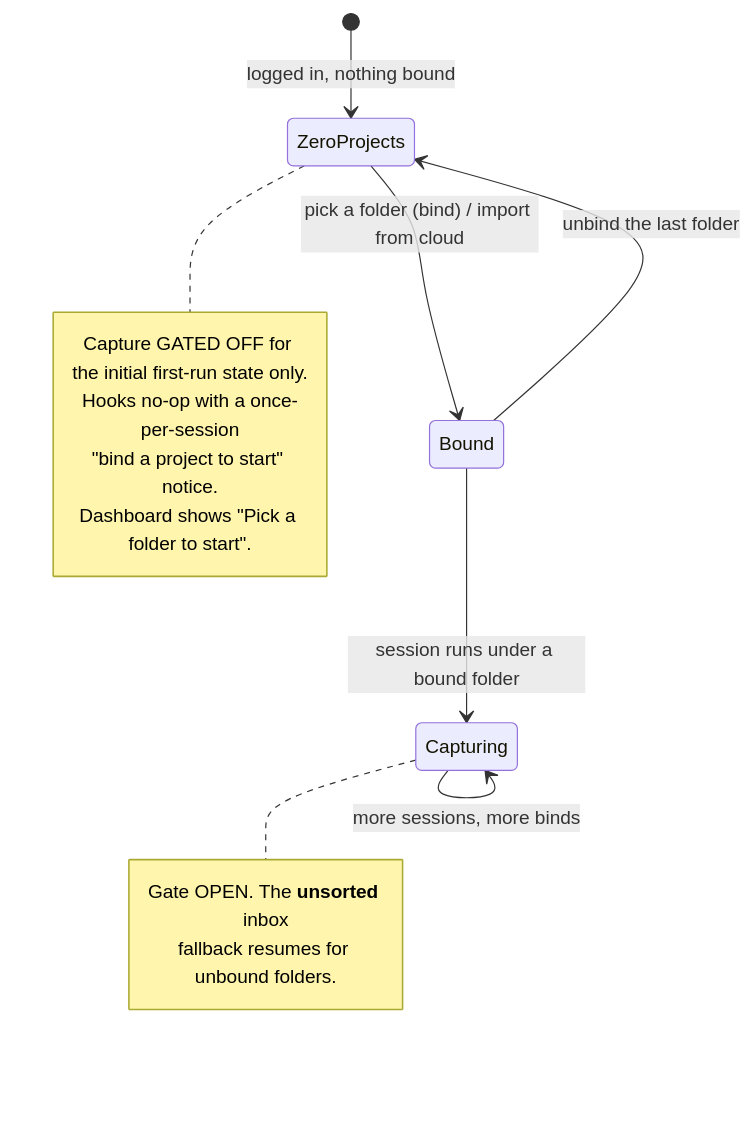
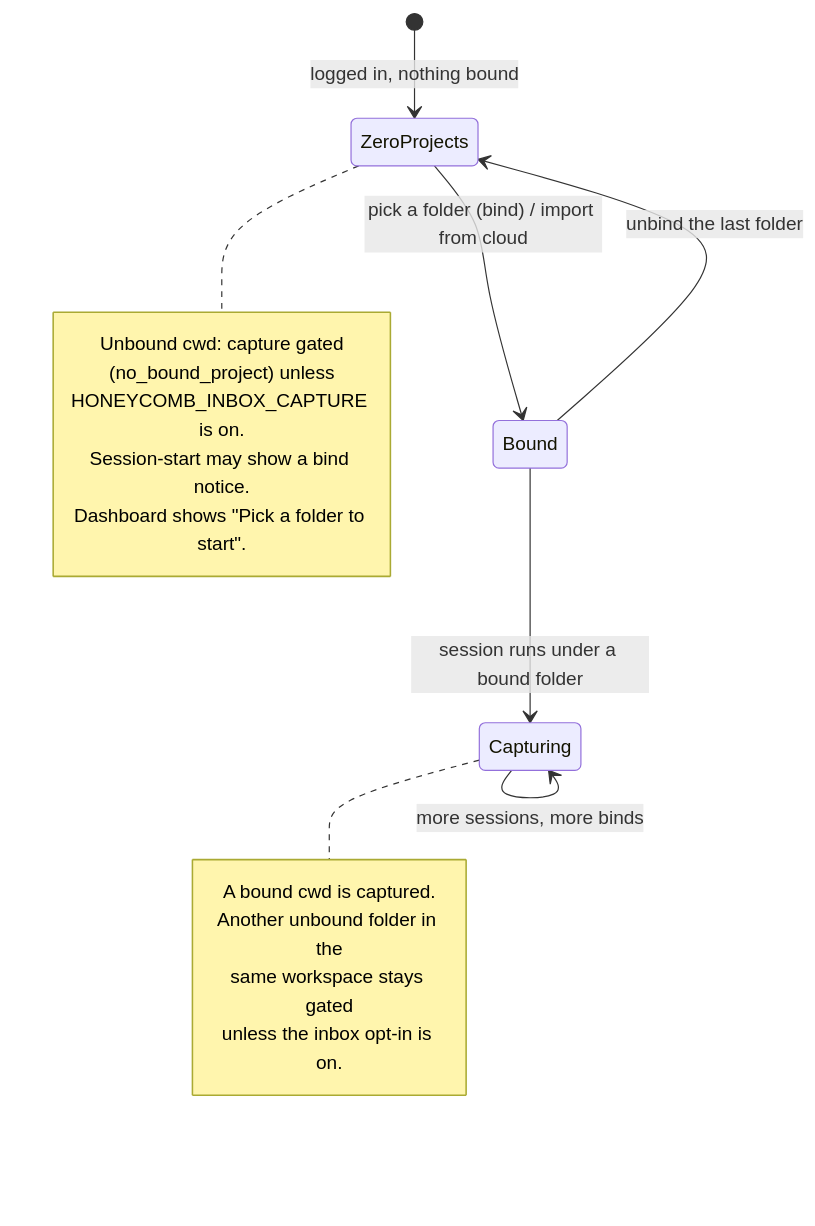
Before and after one commit to legioncodeinc/honeycomb: the first of 4 diagrams in library/knowledge/private/architecture/projects-onboarding-and-lifecycle.md, drawn with Mermaid. The commit also changed other lines of this file and 279 other files, not shown here.

````diff
--- a/library/knowledge/private/architecture/projects-onboarding-and-lifecycle.md
+++ b/library/knowledge/private/architecture/projects-onboarding-and-lifecycle.md
@@ -34,19 +34,22 @@
 ```mermaid
 stateDiagram-v2
     [*] --> ZeroProjects: logged in, nothing bound
     ZeroProjects --> Bound: pick a folder (bind) / import from cloud
     Bound --> Capturing: session runs under a bound folder
     Capturing --> Capturing: more sessions, more binds
     Bound --> ZeroProjects: unbind the last folder
 
     note right of ZeroProjects
-        Capture GATED OFF for the initial first-run state only.
-        Hooks no-op with a once-per-session
-        "bind a project to start" notice.
+        Unbound cwd: capture gated
+        (no_bound_project) unless
+        HONEYCOMB_INBOX_CAPTURE is on.
+        Session-start may show a bind notice.
         Dashboard shows "Pick a folder to start".
     end note
     note right of Capturing
-        Gate OPEN. The __unsorted__ inbox
-        fallback resumes for unbound folders.
+        A bound cwd is captured.
+        Another unbound folder in the
+        same workspace stays gated
+        unless the inbox opt-in is on.
     end note
 ```
````
